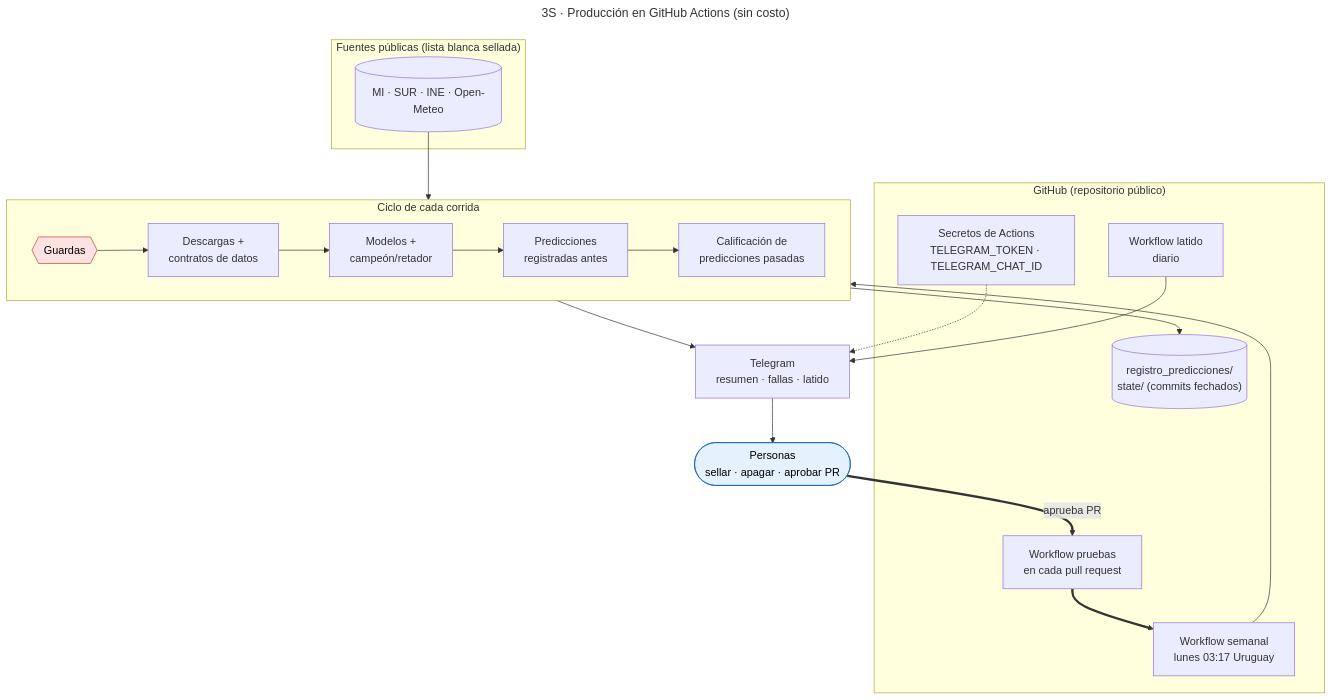
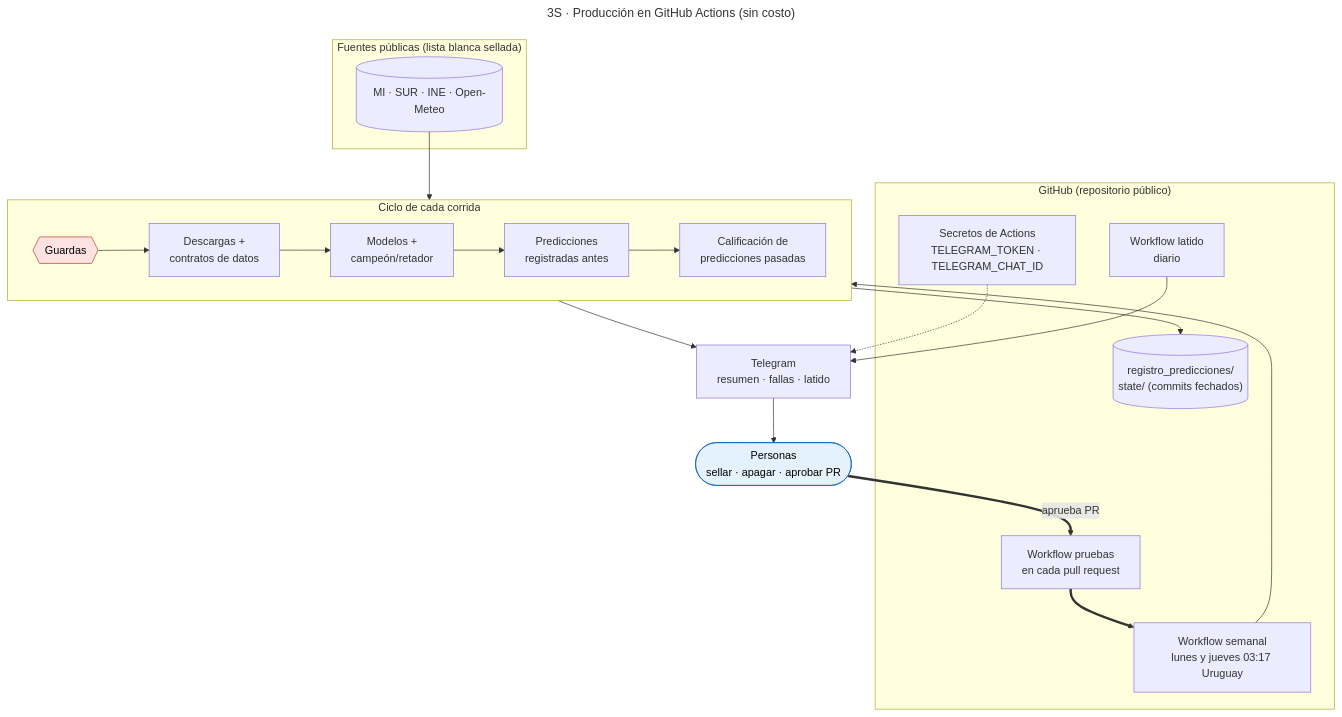
Before and after one commit to lbenenatia/3s-self-sustained-system: the diagram in documentacion/diagramas/07_produccion.mmd, drawn with Mermaid. The commit also changed 6 other files, not shown here.

```diff
--- a/documentacion/diagramas/07_produccion.mmd
+++ b/documentacion/diagramas/07_produccion.mmd
@@ -1,29 +1,29 @@
 ---
 title: 3S · Producción en GitHub Actions (sin costo)
 ---
 flowchart TB
     subgraph GH["GitHub (repositorio público)"]
-        SEM["Workflow semanal<br/>lunes 03:17 Uruguay"]
+        SEM["Workflow semanal<br/>lunes y jueves 03:17 Uruguay"]
         LAT["Workflow latido<br/>diario"]
         PRU["Workflow pruebas<br/>en cada pull request"]
         SEC["Secretos de Actions<br/>TELEGRAM_TOKEN · TELEGRAM_CHAT_ID"]
         REG[("registro_predicciones/<br/>state/ (commits fechados)")]
     end
     subgraph EXT["Fuentes públicas (lista blanca sellada)"]
         F[("MI · SUR · INE · Open-Meteo")]
     end
     subgraph CICLO["Ciclo de cada corrida"]
         direction LR
         G{{"Guardas"}}:::guarda --> D["Descargas +<br/>contratos de datos"] --> M["Modelos +<br/>campeón/retador"] --> P["Predicciones<br/>registradas antes"] --> E["Calificación de<br/>predicciones pasadas"]
     end
     TG["Telegram<br/>resumen · fallas · latido"]
     H(["Personas<br/>sellar · apagar · aprobar PR"]):::humano
     SEM --> CICLO
     F --> D
     CICLO --> REG
     SEC -.-> TG
     CICLO --> TG --> H
     LAT --> TG
     H == aprueba PR ==> PRU ==> SEM
     classDef guarda fill:#fde2e2,stroke:#c0392b,color:#000
     classDef humano fill:#e3f2fd,stroke:#1565c0,color:#000
```
